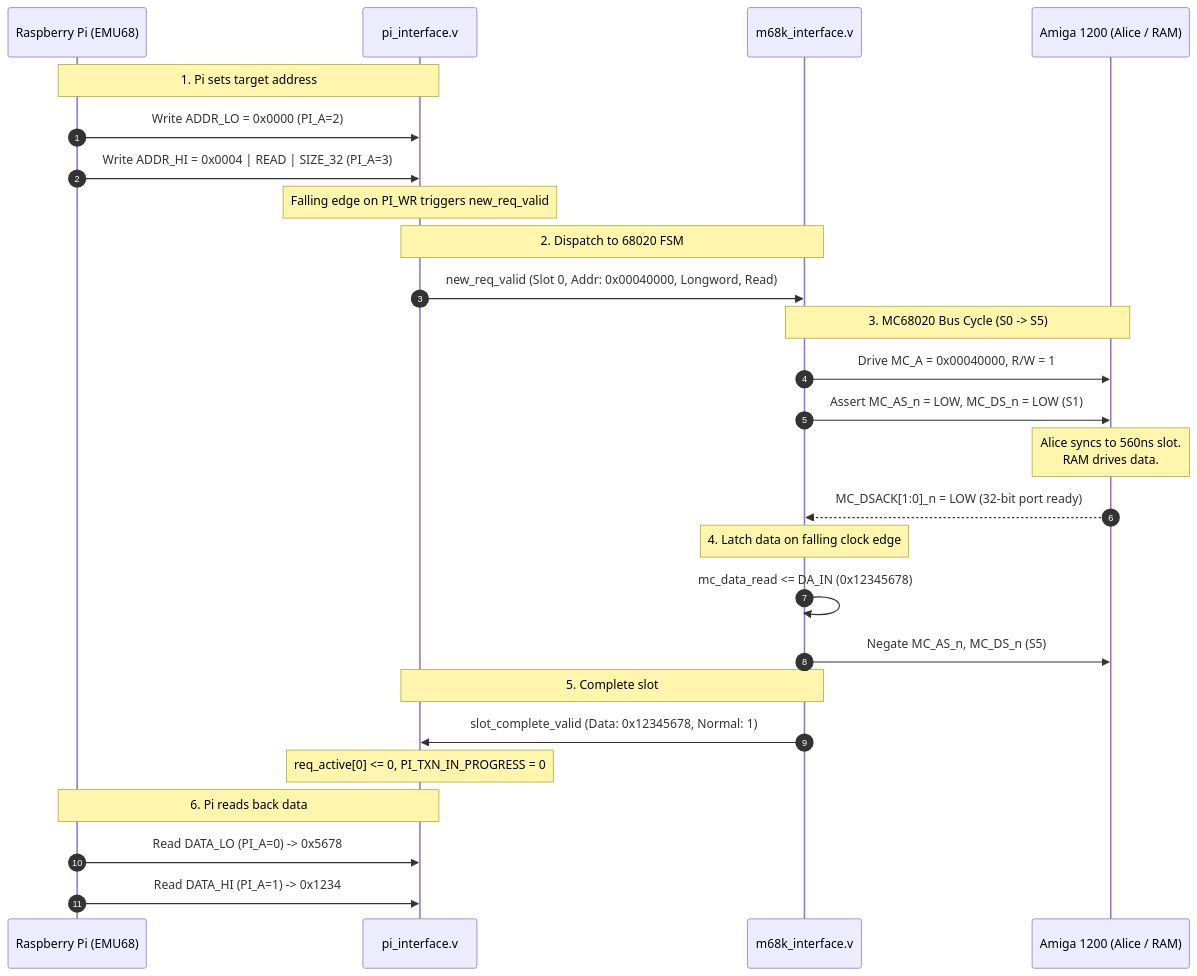
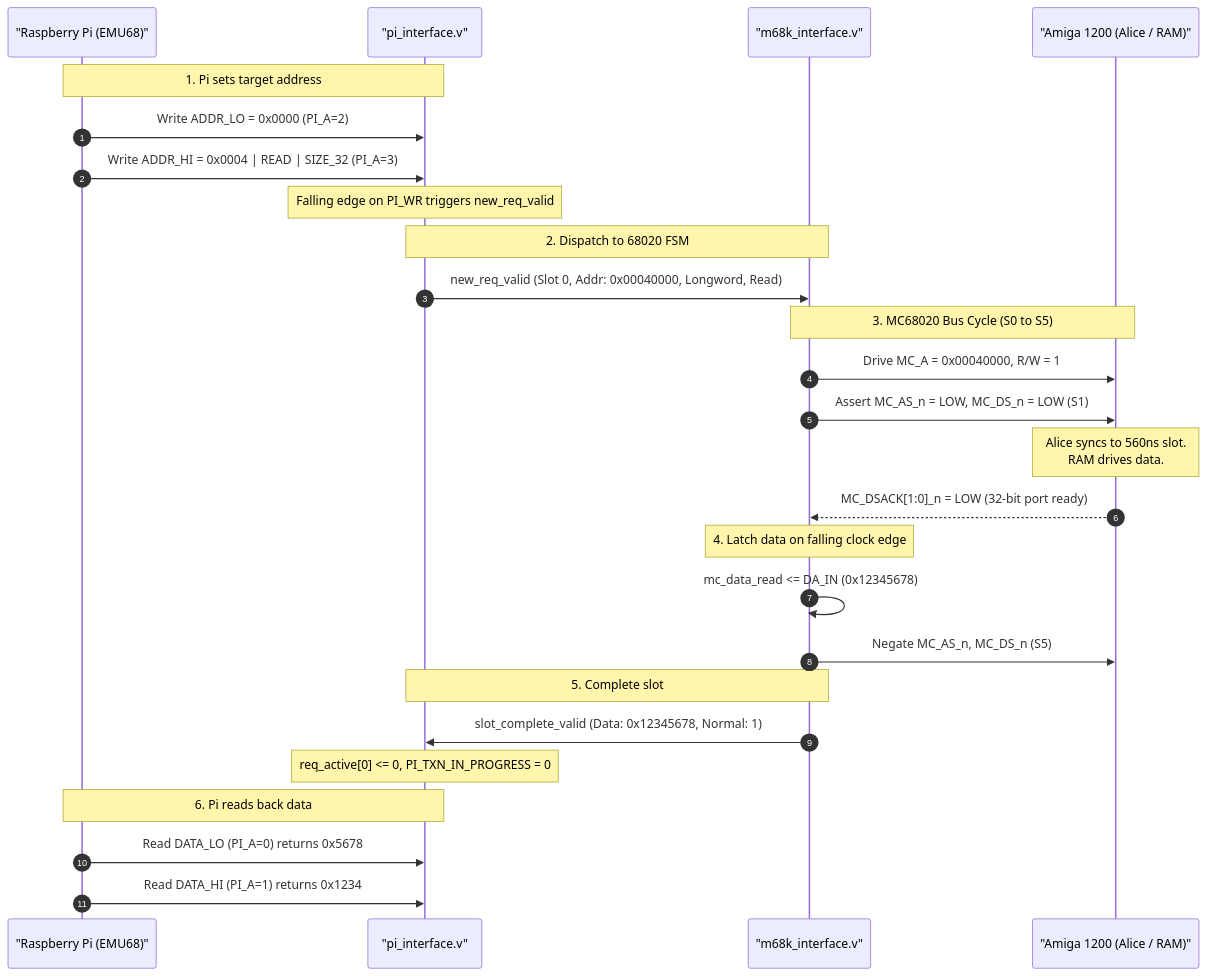
Before and after one commit to PiStorm/pistorm32-lite-gateware: the second of 5 diagrams in DOCS/HOW_IT_WORKS.md, drawn with Mermaid. The commit also changed other lines of this file and 1 other file, not shown here.

Commit message:
docs: fix Mermaid syntax errors (quote aliases, remove semicolons and raw arrows in notes)

````diff
--- a/DOCS/HOW_IT_WORKS.md
+++ b/DOCS/HOW_IT_WORKS.md
@@ -95,35 +95,35 @@
 ```mermaid
 sequenceDiagram
     autonumber
-    participant Pi as Raspberry Pi (EMU68)
-    participant PI_IF as pi_interface.v
-    participant M68K as m68k_interface.v
-    participant Amiga as Amiga 1200 (Alice / RAM)
+    participant Pi as "Raspberry Pi (EMU68)"
+    participant PI_IF as "pi_interface.v"
+    participant M68K as "m68k_interface.v"
+    participant Amiga as "Amiga 1200 (Alice / RAM)"
 
     Note over Pi,PI_IF: 1. Pi sets target address
     Pi->>PI_IF: Write ADDR_LO = 0x0000 (PI_A=2)
     Pi->>PI_IF: Write ADDR_HI = 0x0004 | READ | SIZE_32 (PI_A=3)
     Note over PI_IF: Falling edge on PI_WR triggers new_req_valid
 
     Note over PI_IF,M68K: 2. Dispatch to 68020 FSM
     PI_IF->>M68K: new_req_valid (Slot 0, Addr: 0x00040000, Longword, Read)
     
-    Note over M68K,Amiga: 3. MC68020 Bus Cycle (S0 -> S5)
+    Note over M68K,Amiga: 3. MC68020 Bus Cycle (S0 to S5)
     M68K->>Amiga: Drive MC_A = 0x00040000, R/W = 1
     M68K->>Amiga: Assert MC_AS_n = LOW, MC_DS_n = LOW (S1)
     
     Note over Amiga: Alice syncs to 560ns slot.<br/>RAM drives data.
     Amiga-->>M68K: MC_DSACK[1:0]_n = LOW (32-bit port ready)
     
     Note over M68K: 4. Latch data on falling clock edge
     M68K->>M68K: mc_data_read <= DA_IN (0x12345678)
     M68K->>Amiga: Negate MC_AS_n, MC_DS_n (S5)
     
     Note over M68K,PI_IF: 5. Complete slot
     M68K->>PI_IF: slot_complete_valid (Data: 0x12345678, Normal: 1)
     Note over PI_IF: req_active[0] <= 0, PI_TXN_IN_PROGRESS = 0
 
     Note over Pi,PI_IF: 6. Pi reads back data
-    Pi->>PI_IF: Read DATA_LO (PI_A=0) -> 0x5678
-    Pi->>PI_IF: Read DATA_HI (PI_A=1) -> 0x1234
+    Pi->>PI_IF: Read DATA_LO (PI_A=0) returns 0x5678
+    Pi->>PI_IF: Read DATA_HI (PI_A=1) returns 0x1234
 ```
````
